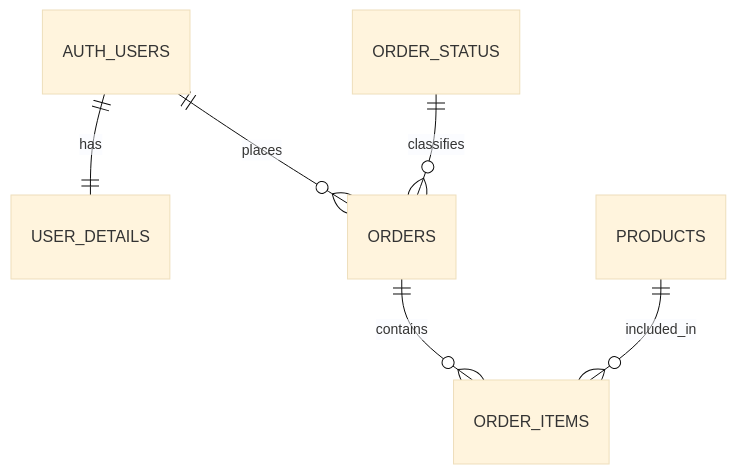
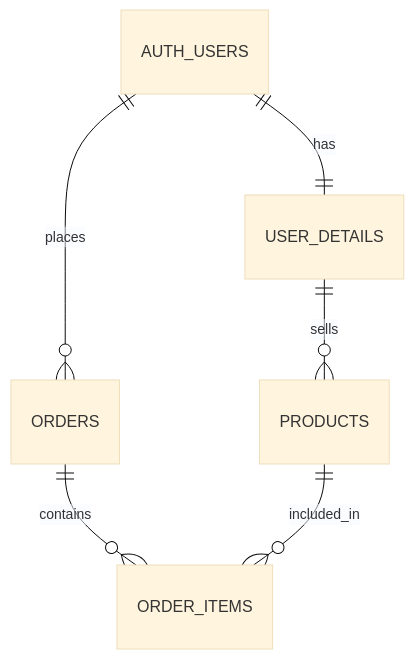
The diagram in README.md (Cocode96/AX_TeamDB), drawn with Mermaid (base theme) before and after one commit. The commit also changed other lines of this file and 2 other files, not shown here.

````diff
--- a/README.md
+++ b/README.md
@@ -24,8 +24,8 @@
 ```mermaid
 erDiagram
     AUTH_USERS ||--|| USER_DETAILS : has
     AUTH_USERS ||--o{ ORDERS : places
     ORDERS ||--o{ ORDER_ITEMS : contains
     PRODUCTS ||--o{ ORDER_ITEMS : included_in
-    ORDER_STATUS ||--o{ ORDERS : classifies
+    USER_DETAILS ||--o{ PRODUCTS : sells
 ```
````
